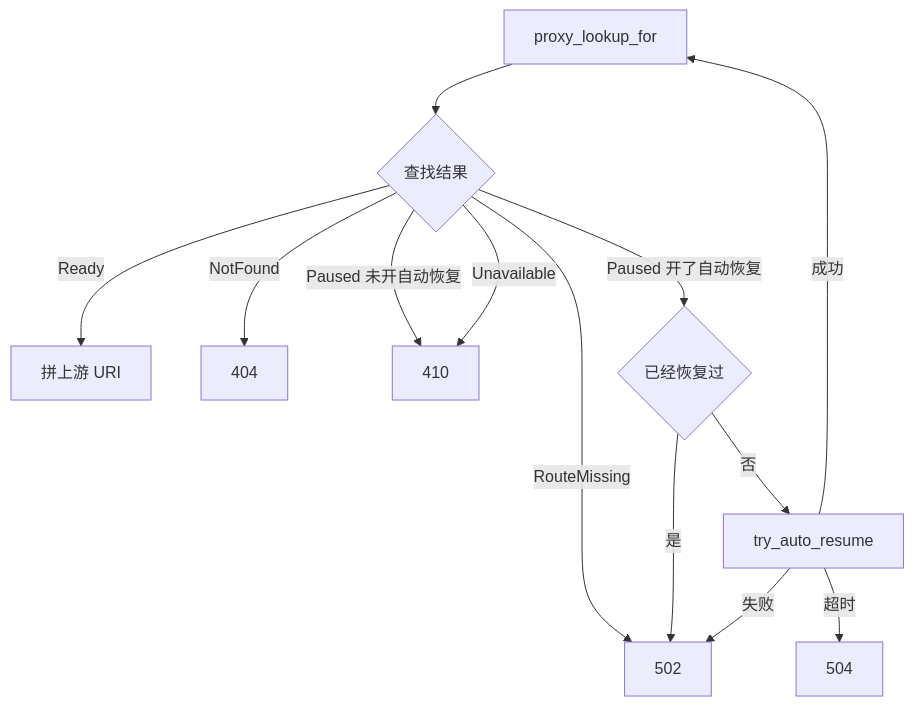
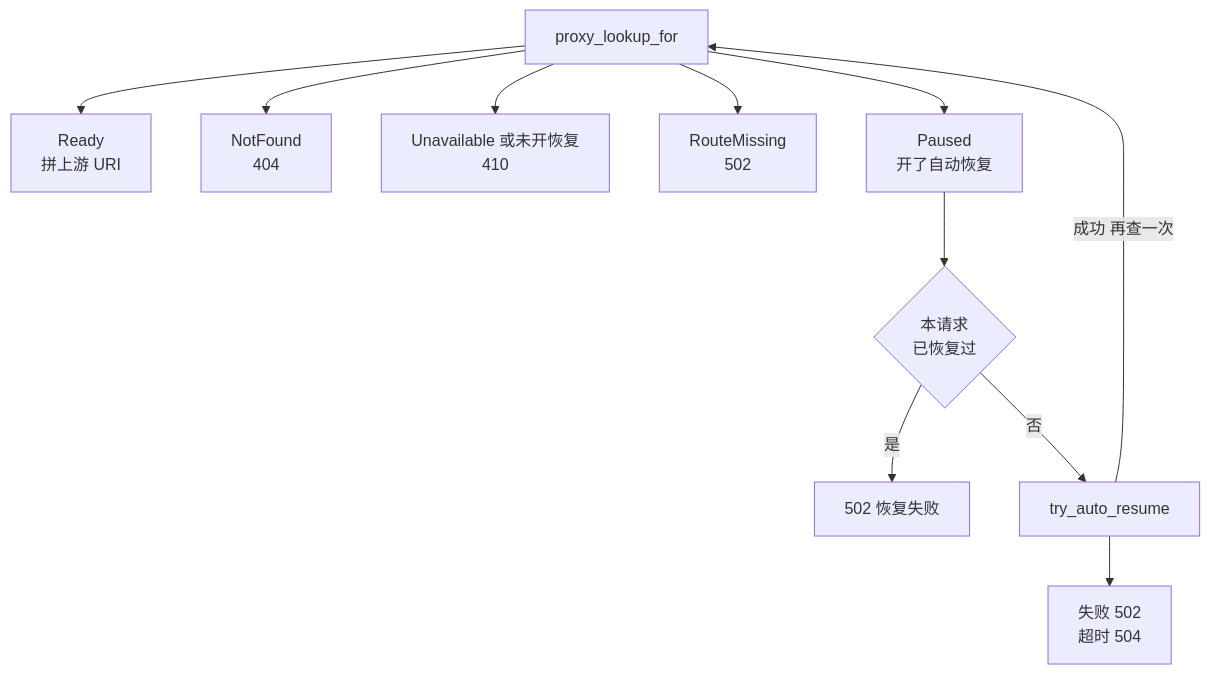
The second of 3 diagrams in agentenv/17-reverse-proxy.md (AustinJiangg/ai-books), drawn with Mermaid before and after one commit. The commit also changed other lines of this file and 3 other files, not shown here.

````diff
--- a/agentenv/17-reverse-proxy.md
+++ b/agentenv/17-reverse-proxy.md
@@ -129,15 +127,13 @@
 ```mermaid
 flowchart TB
-    L["proxy_lookup_for"] --> Q{"查找结果"}
-    Q -->|"Ready"| OK["拼上游 URI"]
-    Q -->|"NotFound"| E404["404"]
-    Q -->|"Paused 未开自动恢复"| E410["410"]
-    Q -->|"Unavailable"| E410
-    Q -->|"RouteMissing"| E502["502"]
-    Q -->|"Paused 开了自动恢复"| T{"已经恢复过"}
+    L["proxy_lookup_for"] --> R1["Ready<br/>拼上游 URI"]
+    L --> R2["NotFound<br/>404"]
+    L --> R3["Unavailable 或未开恢复<br/>410"]
+    L --> R4["RouteMissing<br/>502"]
+    L --> R5["Paused<br/>开了自动恢复"]
+    R5 --> T{"本请求<br/>已恢复过"}
+    T -->|"是"| E1["502 恢复失败"]
     T -->|"否"| AR["try_auto_resume"]
-    T -->|"是"| E502
-    AR -->|"成功"| L
-    AR -->|"失败"| E502
-    AR -->|"超时"| E504["504"]
+    AR -->|"成功 再查一次"| L
+    AR --> E2["失败 502<br/>超时 504"]
 ```
````
